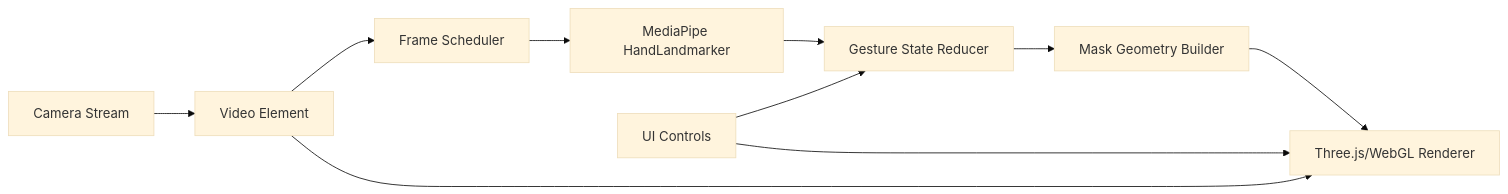
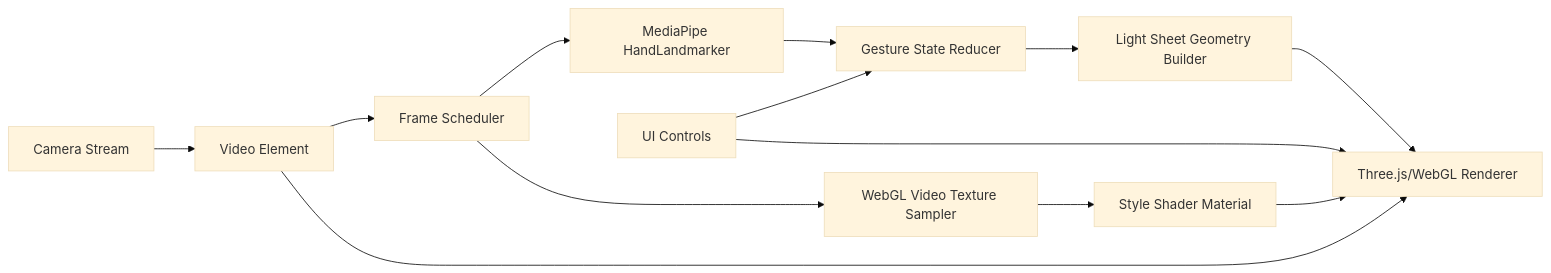
Before and after one commit to Baldman-JYH/gesture-mask-studio: the diagram in docs/architecture/technical-architecture.md, drawn with Mermaid (base theme). The commit also changed other lines of this file and 5 other files, not shown here.

Commit message:
docs: define realtime scene sampling light sheet

````diff
--- a/docs/architecture/technical-architecture.md
+++ b/docs/architecture/technical-architecture.md
@@ -53,12 +57,15 @@
 ```mermaid
 flowchart LR
   A[Camera Stream] --> B[Video Element]
   B --> C[Frame Scheduler]
   C --> D[MediaPipe HandLandmarker]
+  C --> I[WebGL Video Texture Sampler]
   D --> E[Gesture State Reducer]
-  E --> F[Mask Geometry Builder]
+  E --> F[Light Sheet Geometry Builder]
+  I --> J[Style Shader Material]
   F --> G[Three.js/WebGL Renderer]
+  J --> G
   B --> G
   H[UI Controls] --> E
   H --> G
 ```
````
